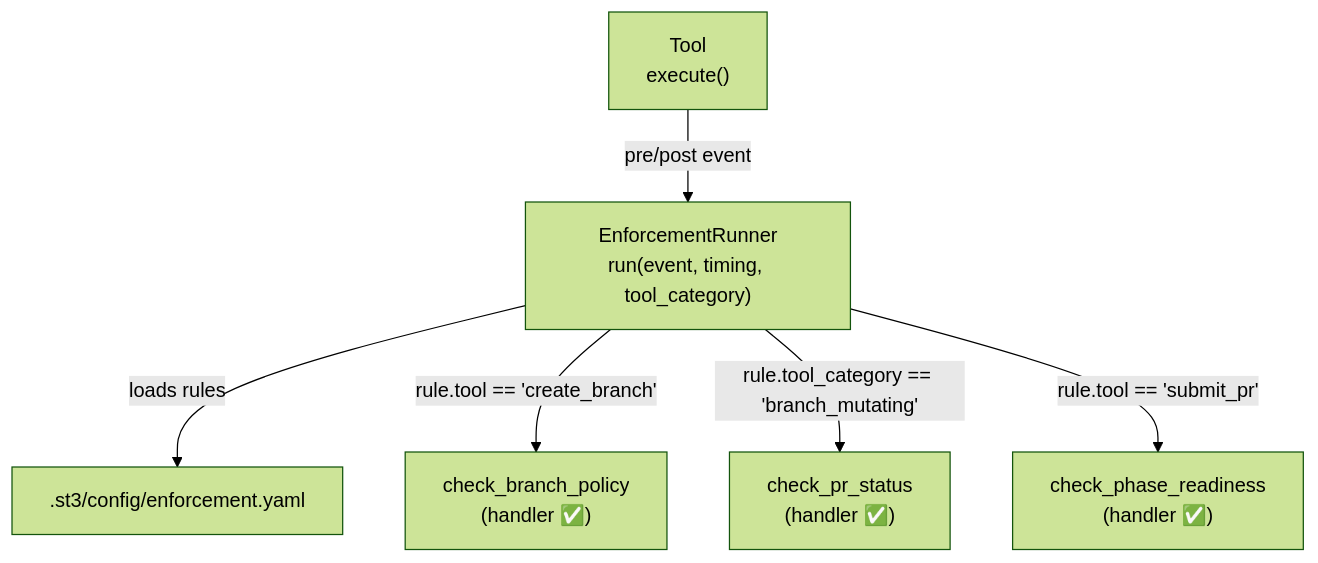
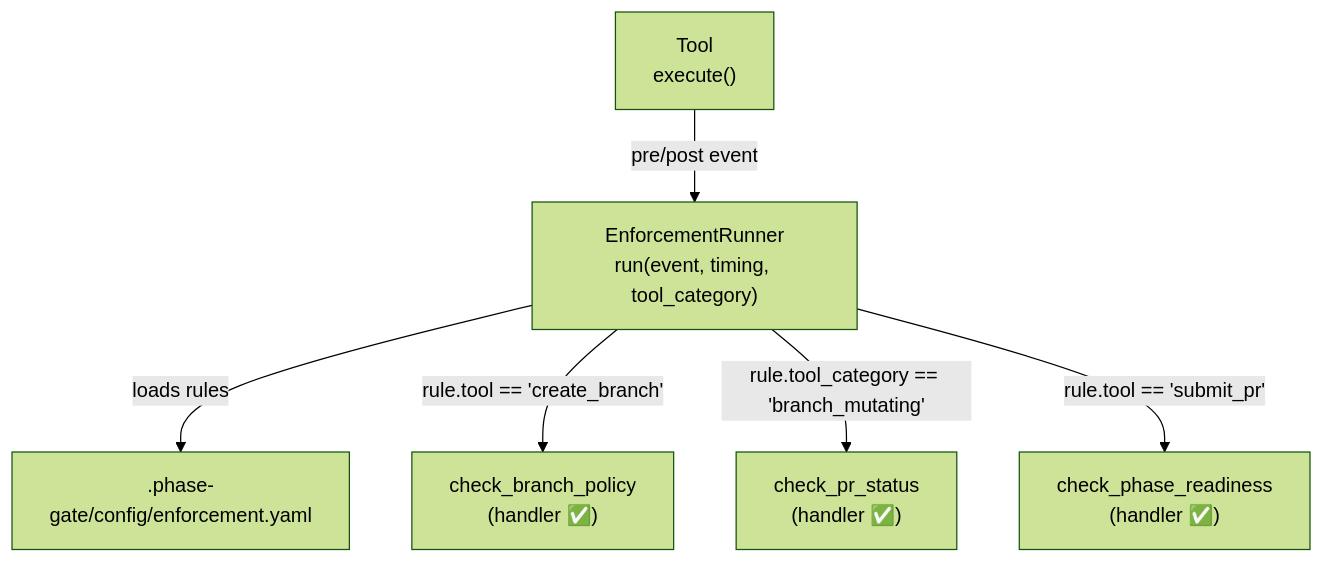
The first of 4 diagrams in docs/mcp_server/architectural_diagrams/04_enforcement_layer.md (MikeyVK/phase-gate-mcp), drawn with Mermaid (forest theme) before and after one commit. The commit also changed other lines of this file and 26 other files, not shown here.

````diff
--- a/docs/mcp_server/architectural_diagrams/04_enforcement_layer.md
+++ b/docs/mcp_server/architectural_diagrams/04_enforcement_layer.md
@@ -33,15 +33,15 @@
 ```mermaid
 graph TD
     Tool["Tool<br/>execute()"]
     ER["EnforcementRunner<br/>run(event, timing, tool_category)"]
-    YAML[".st3/config/enforcement.yaml"]
+    YAML[".phase-gate/config/enforcement.yaml"]
     CBP["check_branch_policy<br/>(handler ✅)"]
     CPS["check_pr_status<br/>(handler ✅)"]
     CPR["check_phase_readiness<br/>(handler ✅)"]
 
     Tool -->|"pre/post event"| ER
     ER -->|"loads rules"| YAML
     ER -->|"rule.tool == 'create_branch'"| CBP
     ER -->|"rule.tool_category == 'branch_mutating'"| CPS
     ER -->|"rule.tool == 'submit_pr'"| CPR
 ```
````
